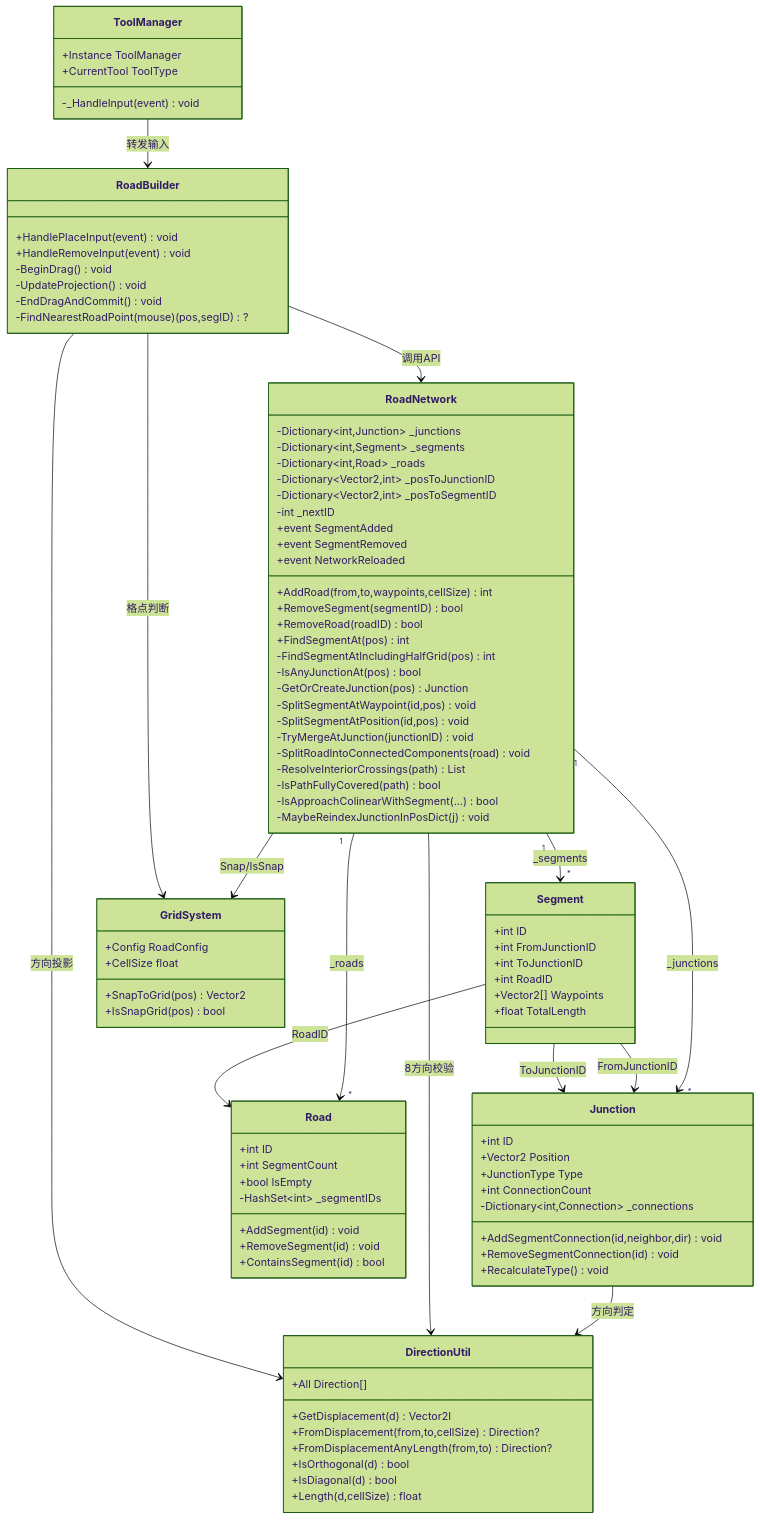
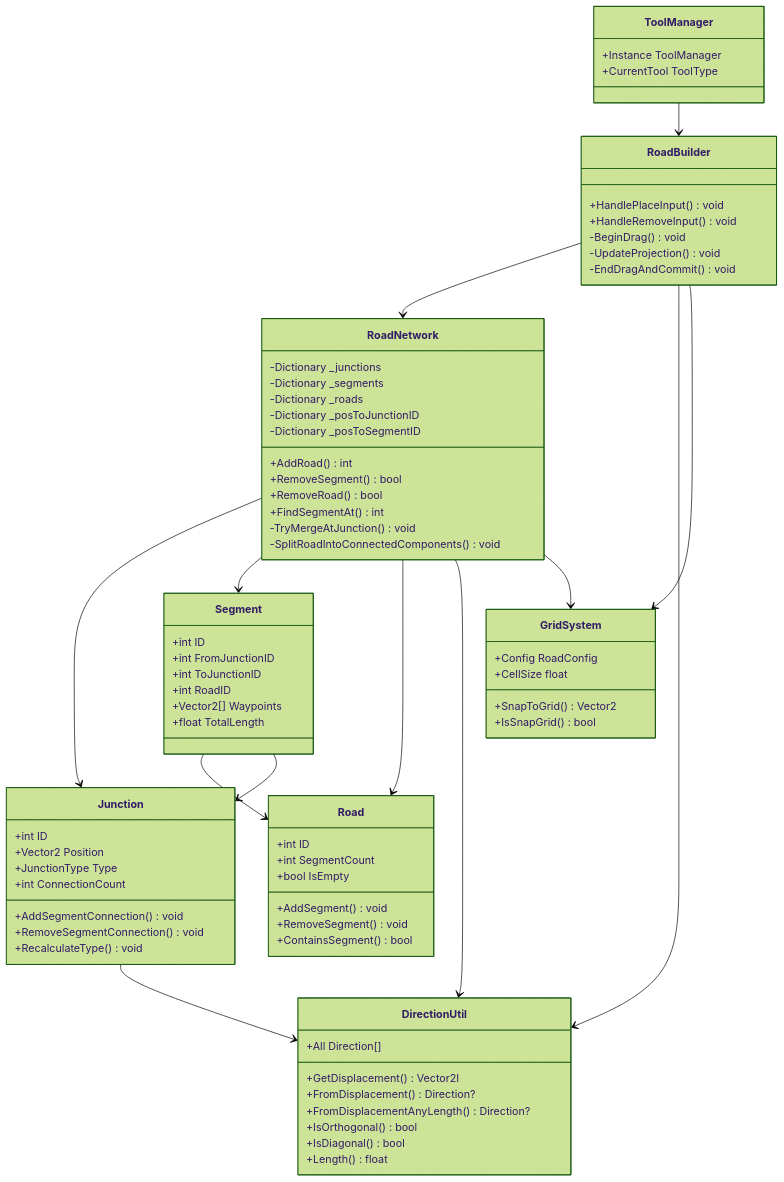
One commit to xianfishyu/SimpleCities changed the fourth of 9 diagrams in docs/game-logic.md. Above: the diagram before and after it, drawn with Mermaid (forest theme). The commit also changed other lines of this file, not shown here.

First line of the commit message:
#重写：game-logic.md Mermaid图表全面简化

````diff
--- a/docs/game-logic.md
+++ b/docs/game-logic.md
@@ -200,30 +139,17 @@
 ```mermaid
 classDiagram
     class RoadNetwork {
-        -Dictionary~int,Junction~ _junctions
-        -Dictionary~int,Segment~ _segments
-        -Dictionary~int,Road~ _roads
-        -Dictionary~Vector2,int~ _posToJunctionID
-        -Dictionary~Vector2,int~ _posToSegmentID
-        -int _nextID
-        +event SegmentAdded
-        +event SegmentRemoved
-        +event NetworkReloaded
-        +AddRoad(from,to,waypoints,cellSize) int
-        +RemoveSegment(segmentID) bool
-        +RemoveRoad(roadID) bool
-        +FindSegmentAt(pos) int
-        -FindSegmentAtIncludingHalfGrid(pos) int
-        -IsAnyJunctionAt(pos) bool
-        -GetOrCreateJunction(pos) Junction
-        -SplitSegmentAtWaypoint(id,pos) void
-        -SplitSegmentAtPosition(id,pos) void
-        -TryMergeAtJunction(junctionID) void
-        -SplitRoadIntoConnectedComponents(road) void
-        -ResolveInteriorCrossings(path) List
-        -IsPathFullyCovered(path) bool
-        -IsApproachColinearWithSegment(...) bool
-        -MaybeReindexJunctionInPosDict(j) void
+        -Dictionary _junctions
+        -Dictionary _segments
+        -Dictionary _roads
+        -Dictionary _posToJunctionID
+        -Dictionary _posToSegmentID
+        +AddRoad() int
+        +RemoveSegment() bool
+        +RemoveRoad() bool
+        +FindSegmentAt() int
+        -TryMergeAtJunction() void
+        -SplitRoadIntoConnectedComponents() void
     }
 
     class Junction {
@@ -231,9 +157,8 @@
         +Vector2 Position
         +JunctionType Type
         +int ConnectionCount
-        -Dictionary~int,Connection~ _connections
-        +AddSegmentConnection(id,neighbor,dir) void
-        +RemoveSegmentConnection(id) void
+        +AddSegmentConnection() void
+        +RemoveSegmentConnection() void
         +RecalculateType() void
     }
 
@@ -250,55 +175,51 @@
         +int ID
         +int SegmentCount
         +bool IsEmpty
-        -HashSet~int~ _segmentIDs
-        +AddSegment(id) void
-        +RemoveSegment(id) void
-        +ContainsSegment(id) bool
+        +AddSegment() void
+        +RemoveSegment() void
+        +ContainsSegment() bool
     }
 
     class DirectionUtil {
         +All Direction[]
-        +GetDisplacement(d) Vector2I
-        +FromDisplacement(from,to,cellSize) Direction?
-        +FromDisplacementAnyLength(from,to) Direction?
-        +IsOrthogonal(d) bool
-        +IsDiagonal(d) bool
-        +Length(d,cellSize) float
+        +GetDisplacement() Vector2I
+        +FromDisplacement() Direction?
+        +FromDisplacementAnyLength() Direction?
+        +IsOrthogonal() bool
+        +IsDiagonal() bool
+        +Length() float
     }
 
     class GridSystem {
         +Config RoadConfig
         +CellSize float
-        +SnapToGrid(pos) Vector2
-        +IsSnapGrid(pos) bool
+        +SnapToGrid() Vector2
+        +IsSnapGrid() bool
     }
 
     class ToolManager {
         +Instance ToolManager
         +CurrentTool ToolType
-        -_HandleInput(event) void
     }
 
     class RoadBuilder {
-        +HandlePlaceInput(event) void
-        +HandleRemoveInput(event) void
+        +HandlePlaceInput() void
+        +HandleRemoveInput() void
         -BeginDrag() void
         -UpdateProjection() void
         -EndDragAndCommit() void
-        -FindNearestRoadPoint(mouse) (pos,segID)?
     }
 
-    RoadNetwork "1" --> "*" Junction : _junctions
-    RoadNetwork "1" --> "*" Segment : _segments
-    RoadNetwork "1" --> "*" Road : _roads
-    Segment --> Road : RoadID
-    Segment --> Junction : FromJunctionID
-    Segment --> Junction : ToJunctionID
-    Junction --> DirectionUtil : 方向判定
-    RoadNetwork --> DirectionUtil : 8方向校验
-    RoadNetwork --> GridSystem : Snap/IsSnap
-    RoadBuilder --> RoadNetwork : 调用API
-    RoadBuilder --> DirectionUtil : 方向投影
-    RoadBuilder --> GridSystem : 格点判断
-    ToolManager --> RoadBuilder : 转发输入
+    RoadNetwork --> Junction
+    RoadNetwork --> Segment
+    RoadNetwork --> Road
+    Segment --> Road
+    Segment --> Junction
+    Junction --> DirectionUtil
+    RoadNetwork --> DirectionUtil
+    RoadNetwork --> GridSystem
+    RoadBuilder --> RoadNetwork
+    RoadBuilder --> DirectionUtil
+    RoadBuilder --> GridSystem
+    ToolManager --> RoadBuilder
 ```
````
